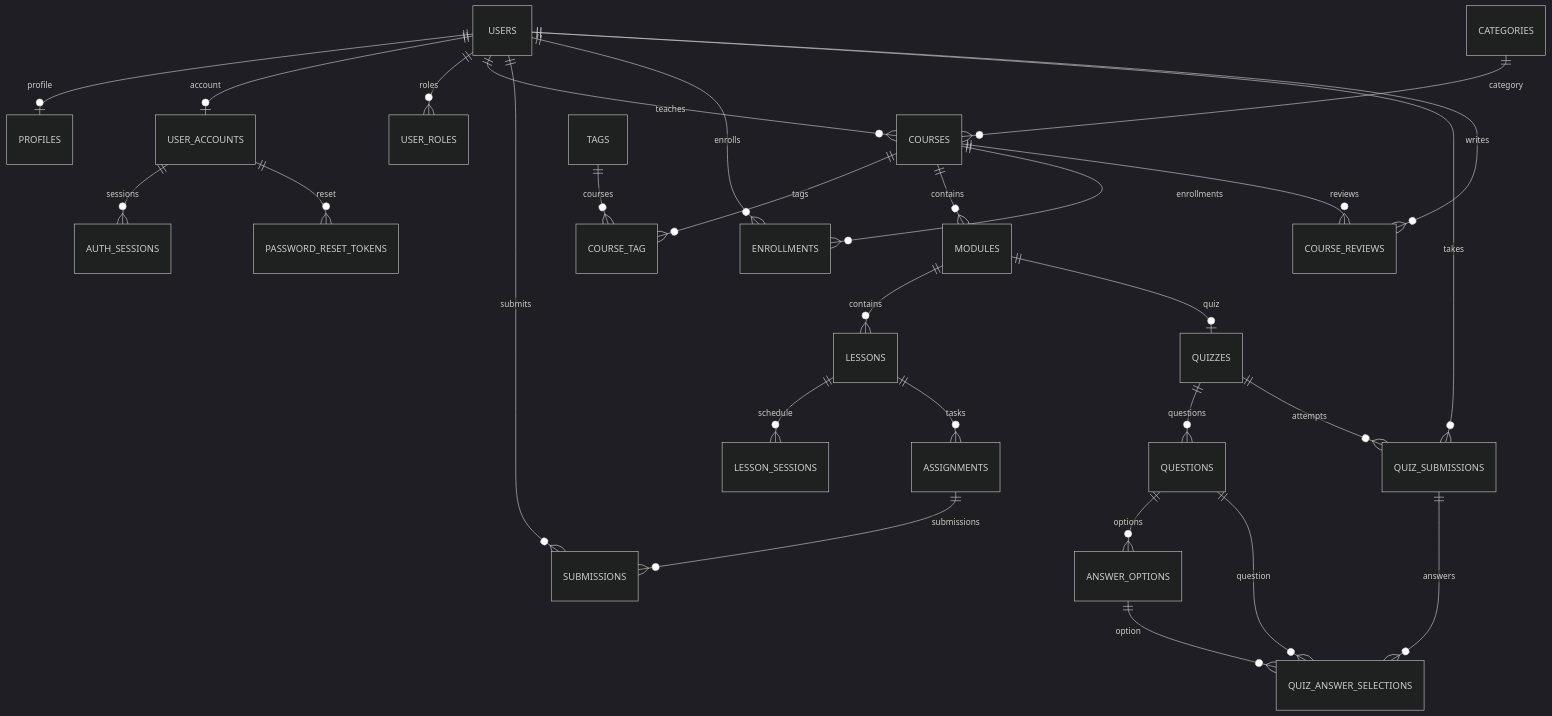
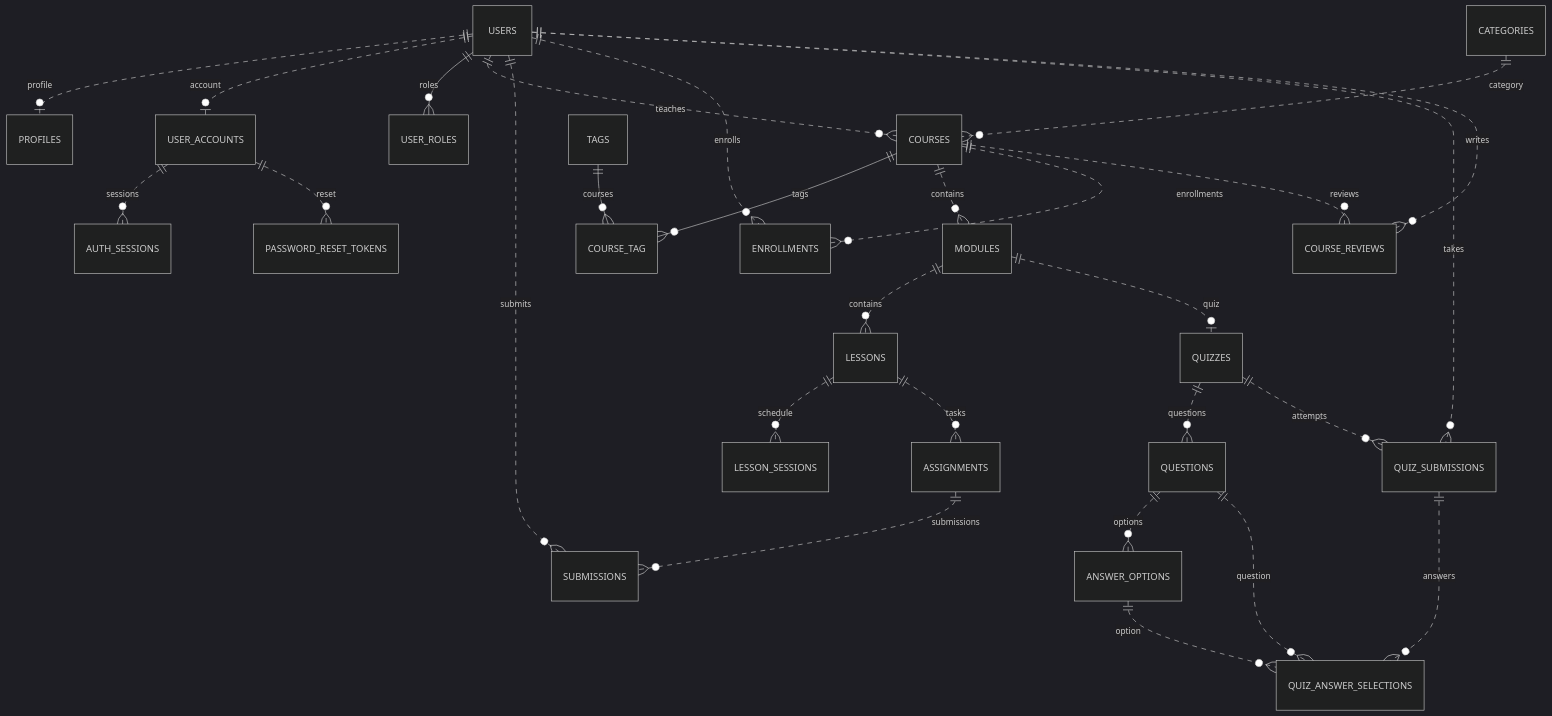
One commit to vkuryndin/CourseFlow changed the third of 4 diagrams in docs/ARCHITECTURE.md. Above: the diagram before and after it, drawn with Mermaid (dark theme). The commit also changed other lines of this file and 5 other files, not shown here.

````diff
--- a/docs/ARCHITECTURE.md
+++ b/docs/ARCHITECTURE.md
@@ -109,30 +125,30 @@
 ```mermaid
 erDiagram
-    USERS ||--o| PROFILES : profile
-    USERS ||--o| USER_ACCOUNTS : account
+    USERS ||..o| PROFILES : profile
+    USERS ||..o| USER_ACCOUNTS : account
     USERS ||--o{ USER_ROLES : roles
-    USER_ACCOUNTS ||--o{ AUTH_SESSIONS : sessions
-    USER_ACCOUNTS ||--o{ PASSWORD_RESET_TOKENS : reset
-    USERS ||--o{ COURSES : teaches
-    CATEGORIES ||--o{ COURSES : category
+    USER_ACCOUNTS ||..o{ AUTH_SESSIONS : sessions
+    USER_ACCOUNTS ||..o{ PASSWORD_RESET_TOKENS : reset
+    USERS ||..o{ COURSES : teaches
+    CATEGORIES ||..o{ COURSES : category
     COURSES ||--o{ COURSE_TAG : tags
     TAGS ||--o{ COURSE_TAG : courses
-    COURSES ||--o{ MODULES : contains
-    MODULES ||--o{ LESSONS : contains
-    LESSONS ||--o{ LESSON_SESSIONS : schedule
-    LESSONS ||--o{ ASSIGNMENTS : tasks
-    ASSIGNMENTS ||--o{ SUBMISSIONS : submissions
-    USERS ||--o{ SUBMISSIONS : submits
-    USERS ||--o{ ENROLLMENTS : enrolls
-    COURSES ||--o{ ENROLLMENTS : enrollments
-    MODULES ||--o| QUIZZES : quiz
-    QUIZZES ||--o{ QUESTIONS : questions
-    QUESTIONS ||--o{ ANSWER_OPTIONS : options
-    QUIZZES ||--o{ QUIZ_SUBMISSIONS : attempts
-    USERS ||--o{ QUIZ_SUBMISSIONS : takes
-    QUIZ_SUBMISSIONS ||--o{ QUIZ_ANSWER_SELECTIONS : answers
-    QUESTIONS ||--o{ QUIZ_ANSWER_SELECTIONS : question
-    ANSWER_OPTIONS ||--o{ QUIZ_ANSWER_SELECTIONS : option
-    USERS ||--o{ COURSE_REVIEWS : writes
-    COURSES ||--o{ COURSE_REVIEWS : reviews
+    COURSES ||..o{ MODULES : contains
+    MODULES ||..o{ LESSONS : contains
+    LESSONS ||..o{ LESSON_SESSIONS : schedule
+    LESSONS ||..o{ ASSIGNMENTS : tasks
+    ASSIGNMENTS ||..o{ SUBMISSIONS : submissions
+    USERS ||..o{ SUBMISSIONS : submits
+    USERS ||..o{ ENROLLMENTS : enrolls
+    COURSES ||..o{ ENROLLMENTS : enrollments
+    MODULES ||..o| QUIZZES : quiz
+    QUIZZES ||..o{ QUESTIONS : questions
+    QUESTIONS ||..o{ ANSWER_OPTIONS : options
+    QUIZZES ||..o{ QUIZ_SUBMISSIONS : attempts
+    USERS ||..o{ QUIZ_SUBMISSIONS : takes
+    QUIZ_SUBMISSIONS ||..o{ QUIZ_ANSWER_SELECTIONS : answers
+    QUESTIONS ||..o{ QUIZ_ANSWER_SELECTIONS : question
+    ANSWER_OPTIONS ||..o{ QUIZ_ANSWER_SELECTIONS : option
+    USERS ||..o{ COURSE_REVIEWS : writes
+    COURSES ||..o{ COURSE_REVIEWS : reviews
 ```
````
